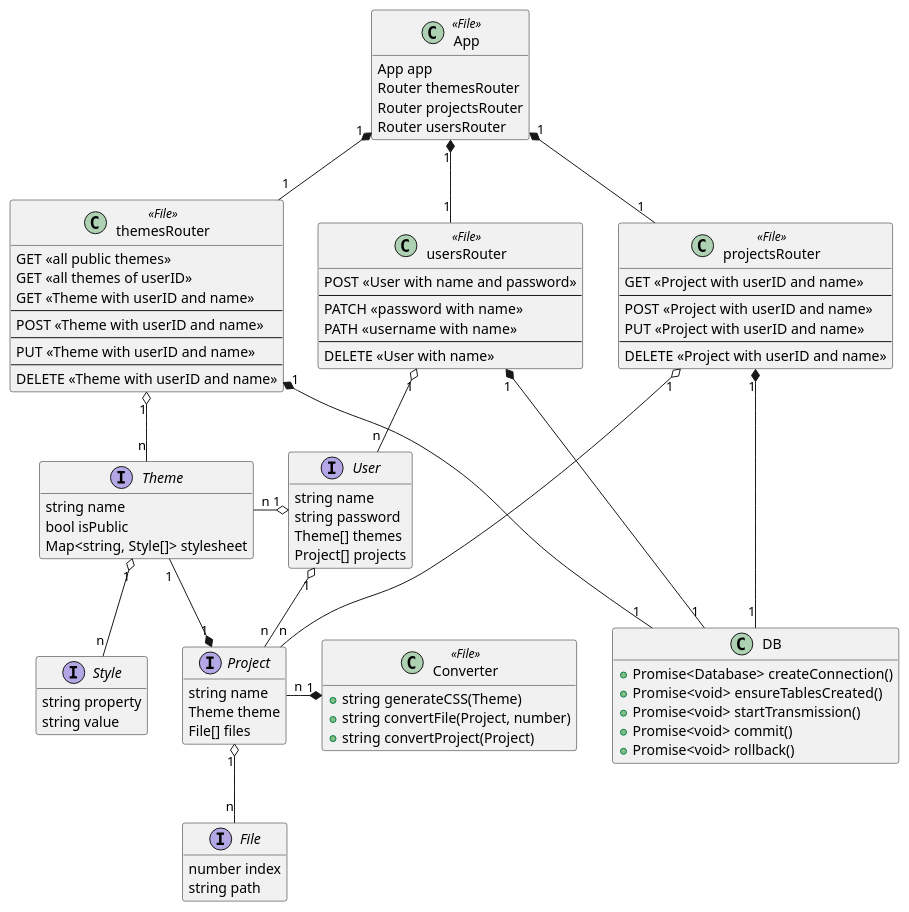
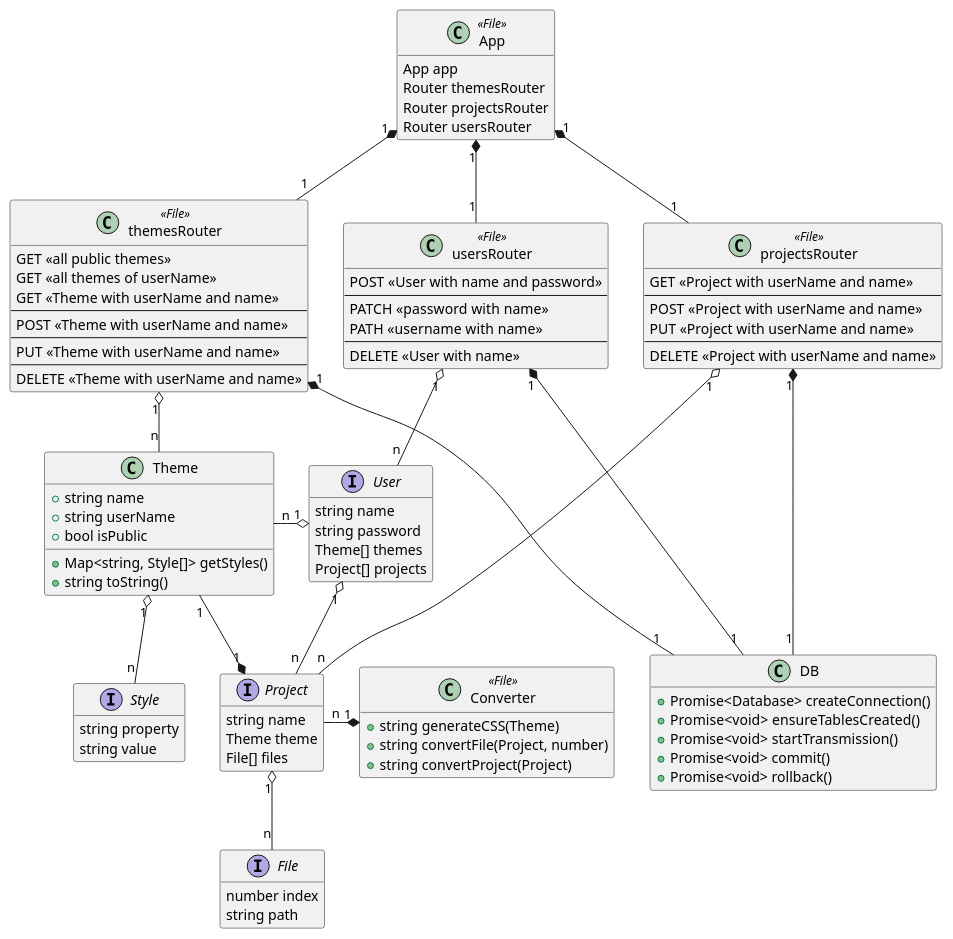
The diagram in docs/classDiagram.puml (2324-3bhif-teaching/StaticSiteGenerator), drawn with PlantUML before and after one commit. The commit also changed 4 other files, not shown here.

```diff
--- a/docs/classDiagram.puml
+++ b/docs/classDiagram.puml
@@ -1,112 +1,114 @@
-@startuml a
+@startuml
 hide empty fields
 hide empty methods
 
 class App <<File>>
 {
   App app
   Router themesRouter
   Router projectsRouter
   Router usersRouter
 }
 
 class themesRouter <<File>>
 {
   GET <<all public themes>>
-  GET <<all themes of userID>>
-  GET <<Theme with userID and name>>
+  GET <<all themes of userName>>
+  GET <<Theme with userName and name>>
   --
-  POST <<Theme with userID and name>>
+  POST <<Theme with userName and name>>
   --
-  PUT <<Theme with userID and name>>
+  PUT <<Theme with userName and name>>
   --
-  DELETE <<Theme with userID and name>>
+  DELETE <<Theme with userName and name>>
 }
 
 class projectsRouter <<File>>
 {
-  GET <<Project with userID and name>>
+  GET <<Project with userName and name>>
   --
-  POST <<Project with userID and name>>
-  PUT <<Project with userID and name>>
+  POST <<Project with userName and name>>
+  PUT <<Project with userName and name>>
   --
-  DELETE <<Project with userID and name>>
+  DELETE <<Project with userName and name>>
 }
 
 class usersRouter <<File>>
 {
   POST <<User with name and password>>
   --
   PATCH <<password with name>>
   PATH <<username with name>>
   --
   DELETE <<User with name>>
 }
 
 class DB
 {
   +Promise<Database> createConnection()
   +Promise<void> ensureTablesCreated()
   +Promise<void> startTransmission()
   +Promise<void> commit()
   +Promise<void> rollback()
 }
 
 interface Project
 {
   string name
   Theme theme
   File[] files
 }
 
 interface File
 {
   number index
   string path
 }
 
 interface User
 {
   string name
   string password
   Theme[] themes
   Project[] projects
 }
 
 interface Style
 {
   string property
   string value
 }
 
-interface Theme
+class Theme
 {
-  string name
-  bool isPublic
-  Map<string, Style[]> stylesheet
+  +string name
+  +string userName
+  +bool isPublic
+  +Map<string, Style[]> getStyles()
+  +string toString()
 }
 
 class Converter <<File>>
 {
   +string generateCSS(Theme)
   +string convertFile(Project, number)
   +string convertProject(Project)
 }
 
 User "1" o-- "n" Project
 User "1" o-l- "n" Theme
 Project "1" *-l- "1" Theme
 Converter "1" *-l- "n" Project
 Theme "1" o-- "n" Style
 Project "1" o-- "n" File
 App "1" *-- "1" themesRouter
 App "1" *-- "1" projectsRouter
 App "1" *-- "1" usersRouter
 themesRouter "1" o-- "n" Theme
 projectsRouter "1" o-- "n" Project
 usersRouter "1" o-- "n" User
 themesRouter "1" *--- "1" DB
 projectsRouter "1" *--- "1" DB
 usersRouter "1" *--- "1" DB
 
 @enduml
```
